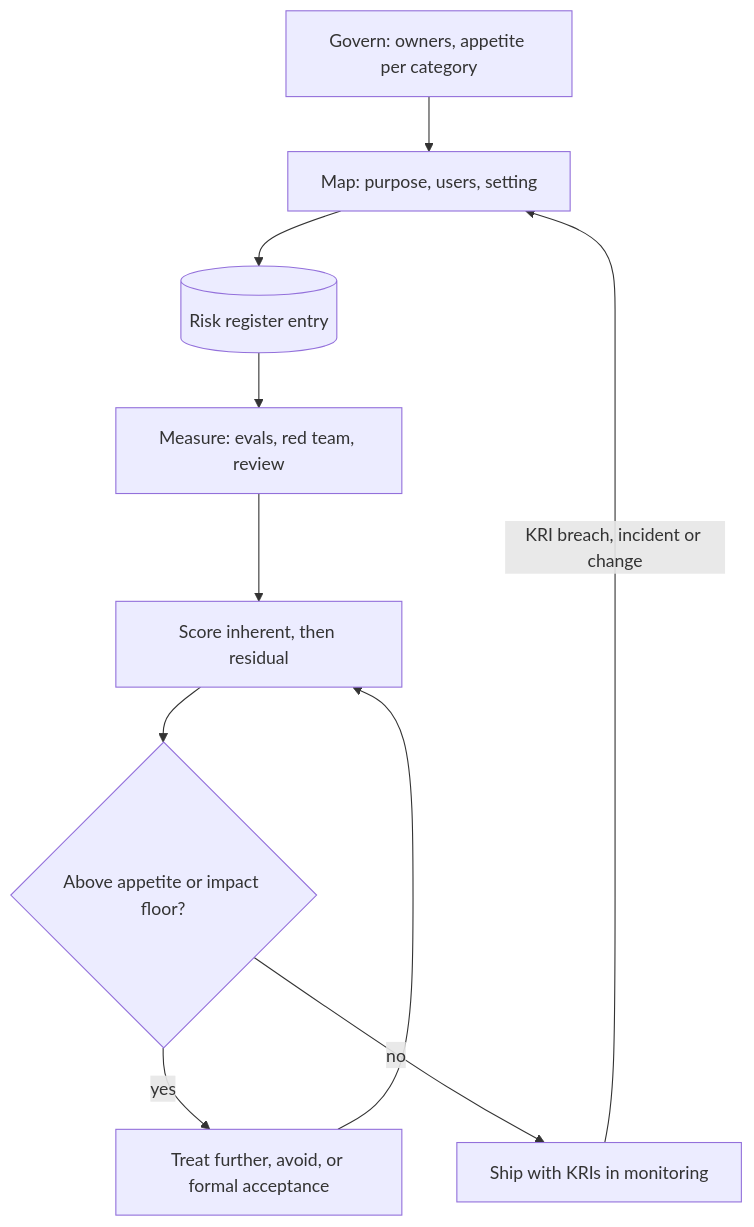
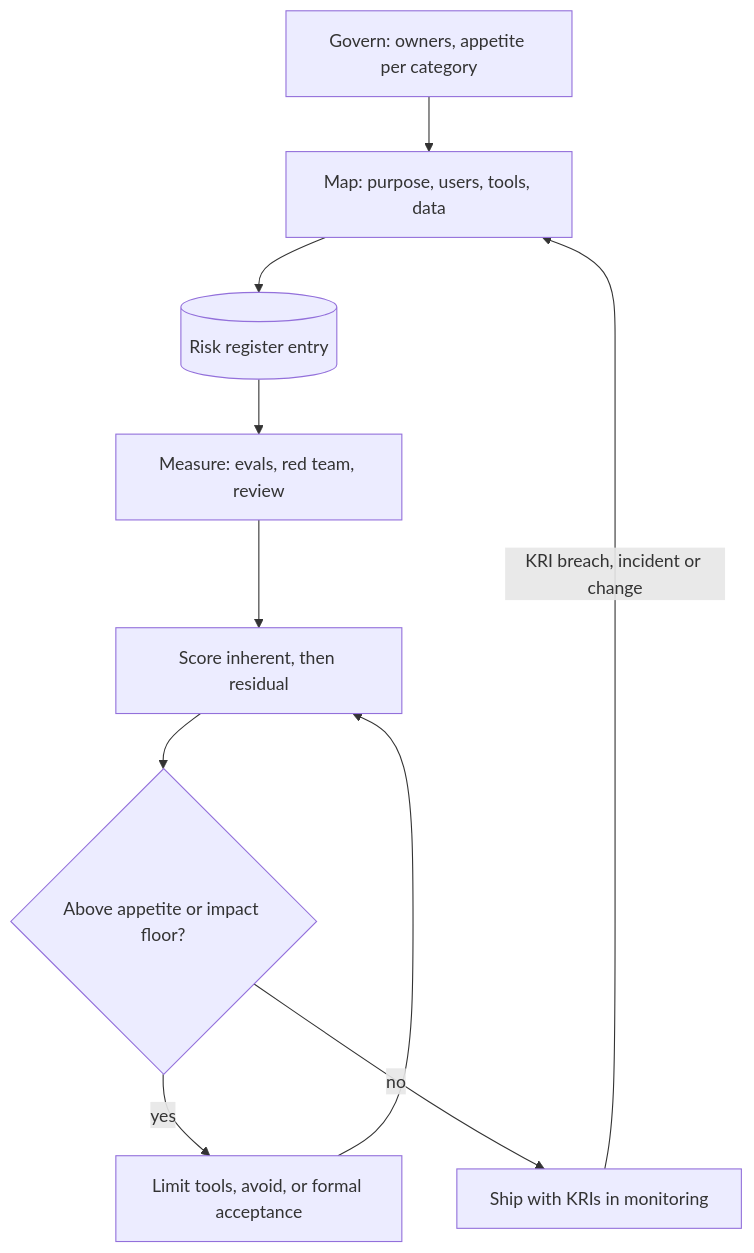
Before and after one commit to lovishmahajan97/agentic-learning: the diagram in content/security-governance-compliance/ai-risk-management.md, drawn with Mermaid. The commit also changed other lines of this file and 454 other files, not shown here.

````diff
--- a/content/security-governance-compliance/ai-risk-management.md
+++ b/content/security-governance-compliance/ai-risk-management.md
@@ -110,12 +126,12 @@
 ```mermaid
 flowchart TD
-    G["Govern: owners, appetite per category"] --> M["Map: purpose, users, setting"]
+    G["Govern: owners, appetite per category"] --> M["Map: purpose, users, tools, data"]
     M --> R[("Risk register entry")]
     R --> ME["Measure: evals, red team, review"]
     ME --> S["Score inherent, then residual"]
     S --> D{"Above appetite or impact floor?"}
-    D -->|"yes"| T["Treat further, avoid, or formal acceptance"]
+    D -->|"yes"| T["Limit tools, avoid, or formal acceptance"]
     T --> S
     D -->|"no"| K["Ship with KRIs in monitoring"]
     K -->|"KRI breach, incident or change"| M
 ```
````
